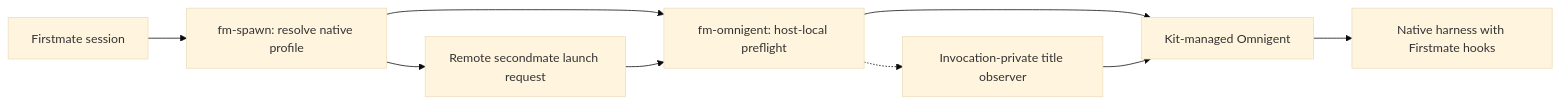
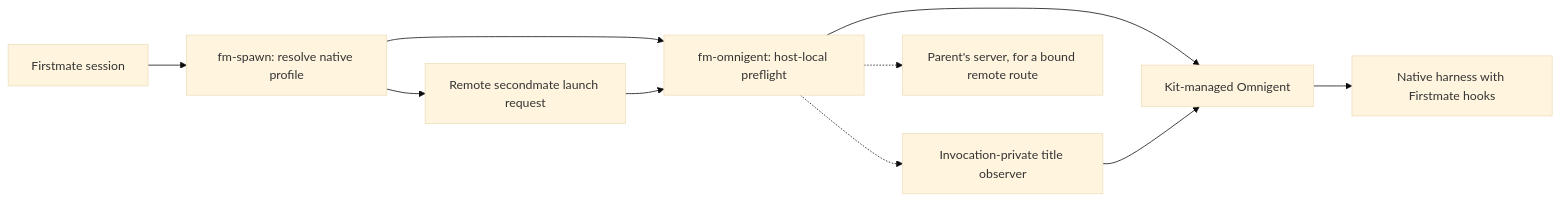
One commit to davidtandoh/firstmate changed the first of 4 diagrams in docs/omnigent.md. Above: the diagram before and after it, drawn with Mermaid (base theme). The commit also changed other lines of this file and 18 other files, not shown here.

First line of the commit message:
feat: Support remote launches through parent Omnigent (#50)

````diff
--- a/docs/omnigent.md
+++ b/docs/omnigent.md
@@ -3,11 +3,12 @@
 ```mermaid
 flowchart LR
     primary[Firstmate session] --> spawn[fm-spawn: resolve native profile]
     spawn --> launcher[fm-omnigent: host-local preflight]
     launcher --> service[Kit-managed Omnigent]
     launcher -.-> titles[Invocation-private title observer]
     titles --> service
     service --> worker[Native harness with Firstmate hooks]
     spawn --> remote[Remote secondmate launch request]
     remote --> launcher
+    launcher -.-> parentserver[Parent's server, for a bound remote route]
 ```
````
